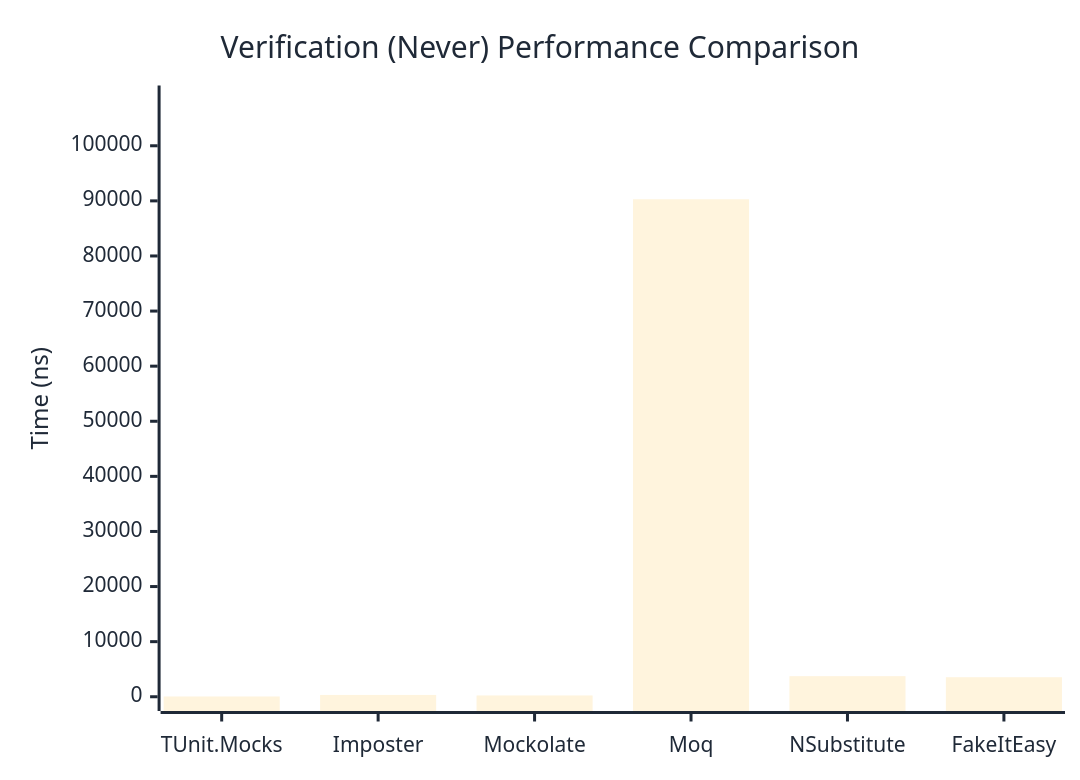
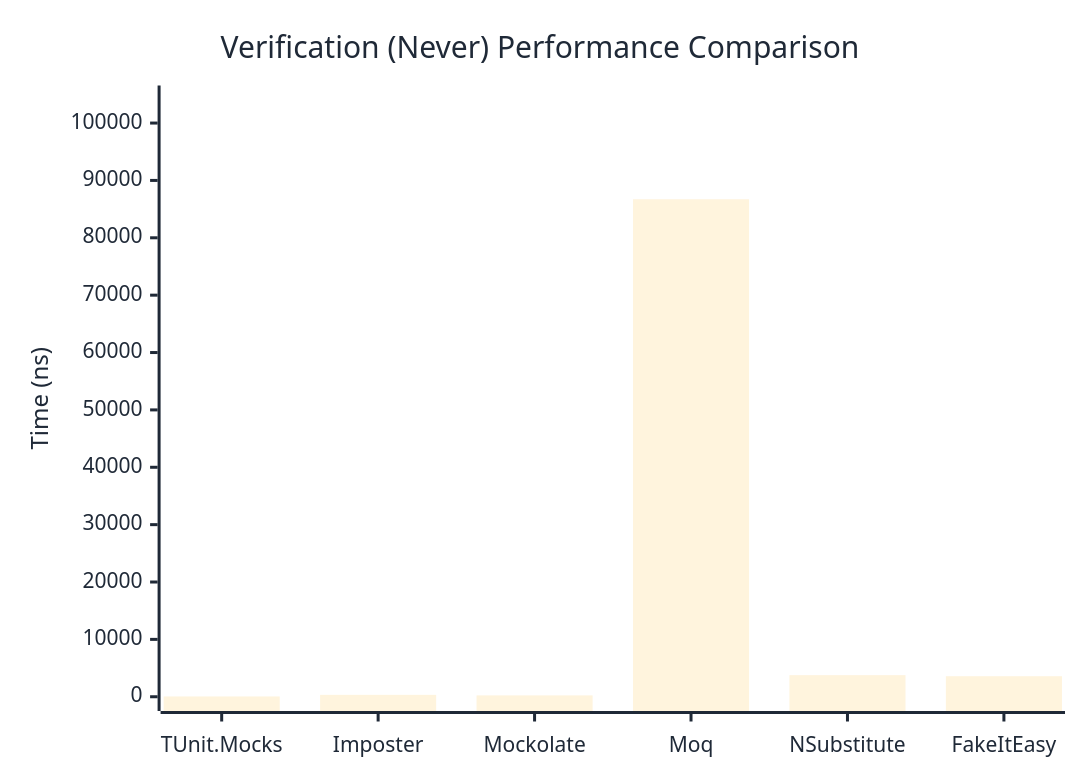
Before and after one commit to thomhurst/TUnit: the second of 3 diagrams in docs/docs/benchmarks/mocks/Verification.md, drawn with Mermaid. The commit also changed other lines of this file and 14 other files, not shown here.

````diff
--- a/docs/docs/benchmarks/mocks/Verification.md
+++ b/docs/docs/benchmarks/mocks/Verification.md
@@ -71,27 +71,27 @@
 ```mermaid
 %%{init: {
   'theme':'base',
   'themeVariables': {
     'primaryColor': '#2563eb',
     'primaryTextColor': '#1f2937',
     'primaryBorderColor': '#1e40af',
     'lineColor': '#6b7280',
     'secondaryColor': '#7c3aed',
     'tertiaryColor': '#dc2626',
     'background': '#ffffff',
     'pie1': '#2563eb',
     'pie2': '#7c3aed',
     'pie3': '#dc2626',
     'pie4': '#f59e0b',
     'pie5': '#10b981',
     'pie6': '#06b6d4',
     'pie7': '#ec4899',
     'pie8': '#6366f1'
   }
 }}%%
 xychart-beta
   title "Verification (Never) Performance Comparison"
   x-axis ["TUnit.Mocks", "Imposter", "Mockolate", "Moq", "NSubstitute", "FakeItEasy"]
-  y-axis "Time (ns)" 0 --> 108353
-  bar [50.22, 328.23, 234.01, 90293.52, 3738.67, 3542.6]
+  y-axis "Time (ns)" 0 --> 104063
+  bar [50.64, 329.91, 238.66, 86718.89, 3761.79, 3579.36]
 ```
````
